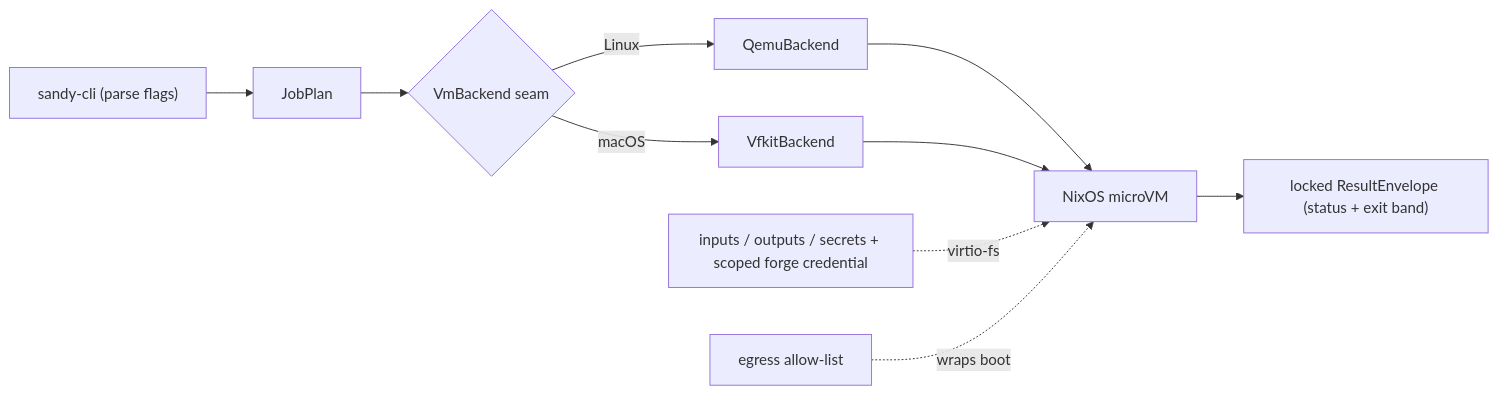
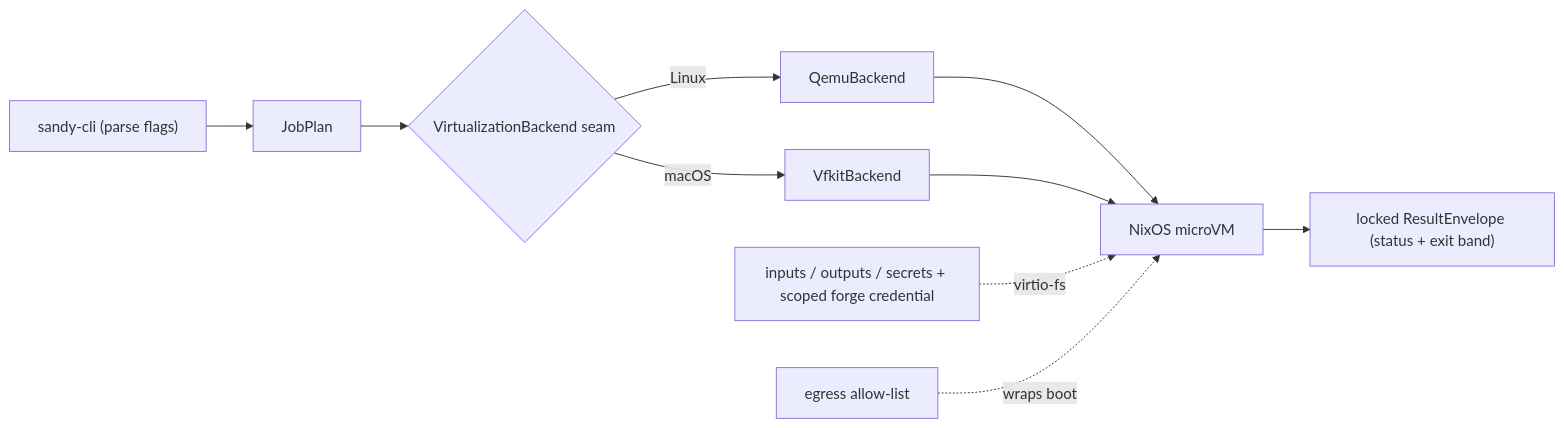
Before and after one commit to kauki-labs/sandy: the diagram in docs/overview.md, drawn with Mermaid. The commit also changed other lines of this file and 47 other files, not shown here.

First line of the commit message:
refactor(api): rename VmBackend to VirtualizationBackend (#869)

````diff
--- a/docs/overview.md
+++ b/docs/overview.md
@@ -16,12 +16,12 @@
 ```mermaid
 flowchart LR
     cli["sandy-cli (parse flags)"] --> plan["JobPlan"]
-    plan --> seam{"VmBackend seam"}
+    plan --> seam{"VirtualizationBackend seam"}
     seam -->|Linux| qemu["QemuBackend"]
     seam -->|macOS| vfkit["VfkitBackend"]
     qemu --> vm["NixOS microVM"]
     vfkit --> vm
     shares["inputs / outputs / secrets + scoped forge credential"] -. virtio-fs .-> vm
     egress["egress allow-list"] -. wraps boot .-> vm
     vm --> result["locked ResultEnvelope (status + exit band)"]
 ```
````
